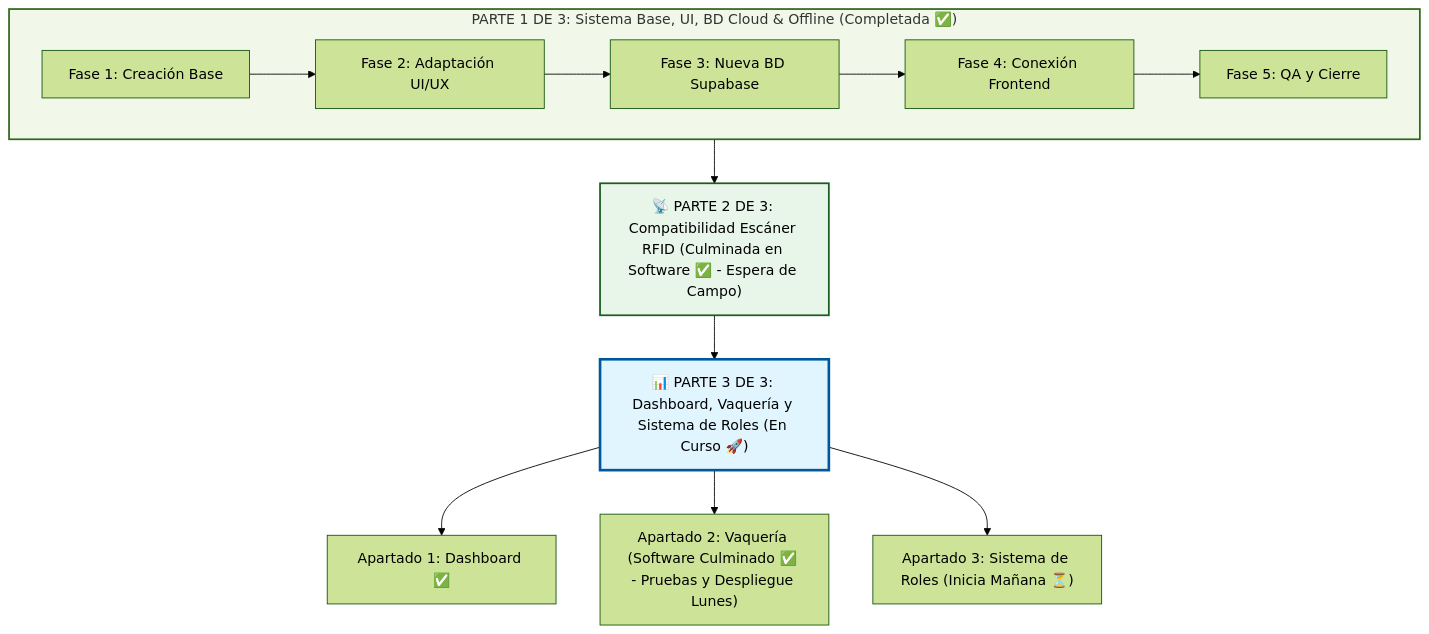
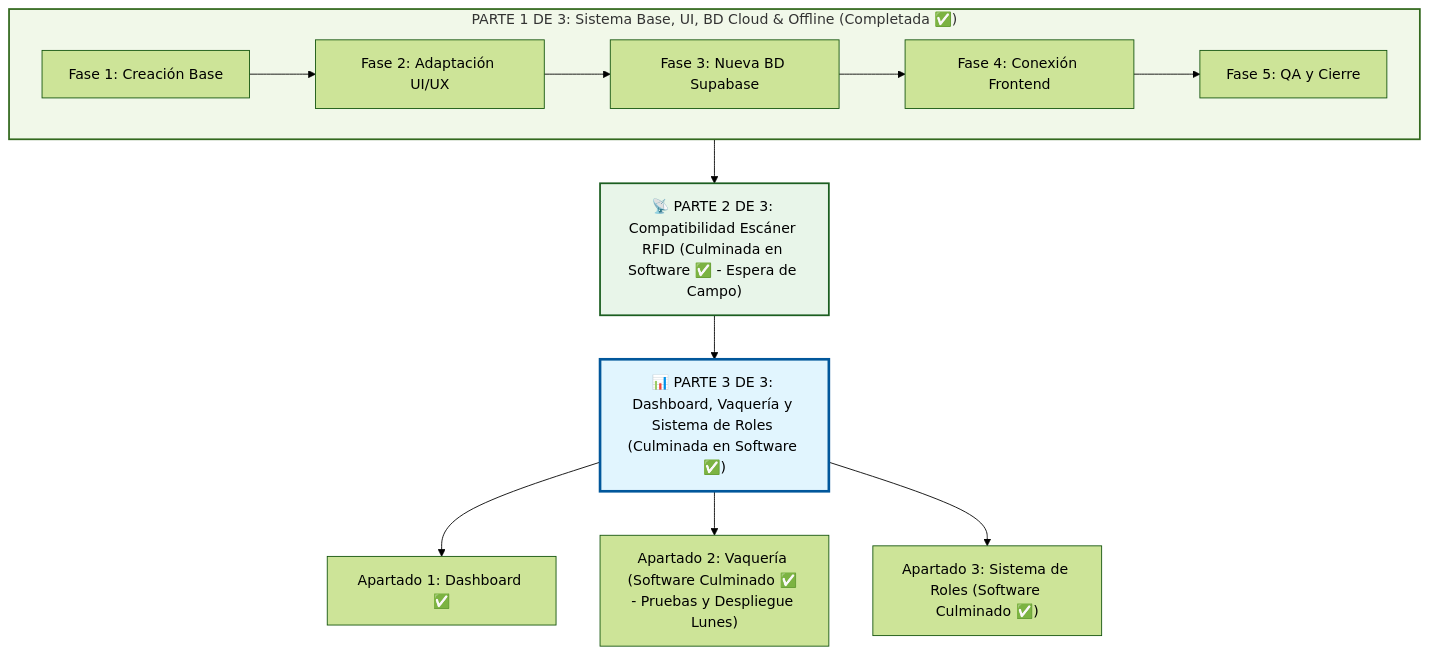
One commit to JorgeM11/Gesti-n_Ganadera changed the diagram in planificacion.md. Above: the diagram before and after it, drawn with Mermaid (forest theme). The commit also changed other lines of this file and 16 other files, not shown here.

````diff
--- a/planificacion.md
+++ b/planificacion.md
@@ -18,19 +18,19 @@
 ```mermaid
 flowchart TD
     subgraph P1["PARTE 1 DE 3: Sistema Base, UI, BD Cloud & Offline (Completada ✅)"]
         F1["Fase 1: Creación Base"] --> F2["Fase 2: Adaptación UI/UX"]
         F2 --> F3["Fase 3: Nueva BD Supabase"]
         F3 --> F4["Fase 4: Conexión Frontend"]
         F4 --> F5["Fase 5: QA y Cierre"]
     end
 
     P1 --> P2["📡 PARTE 2 DE 3: Compatibilidad Escáner RFID (Culminada en Software ✅ - Espera de Campo)"]
-    P2 --> P3["📊 PARTE 3 DE 3: Dashboard, Vaquería y Sistema de Roles (En Curso 🚀)"]
+    P2 --> P3["📊 PARTE 3 DE 3: Dashboard, Vaquería y Sistema de Roles (Culminada en Software ✅)"]
     P3 --> P3_1["Apartado 1: Dashboard ✅"]
     P3 --> P3_2["Apartado 2: Vaquería (Software Culminado ✅ - Pruebas y Despliegue Lunes)"]
-    P3 --> P3_3["Apartado 3: Sistema de Roles (Inicia Mañana ⏳)"]
+    P3 --> P3_3["Apartado 3: Sistema de Roles (Software Culminado ✅)"]
 
     style P1 fill:#f1f8e9,stroke:#33691e,stroke-width:2px
     style P2 fill:#e8f5e9,stroke:#1b5e20,stroke-width:2px
     style P3 fill:#e1f5fe,stroke:#01579b,stroke-width:3px
 ```
````
